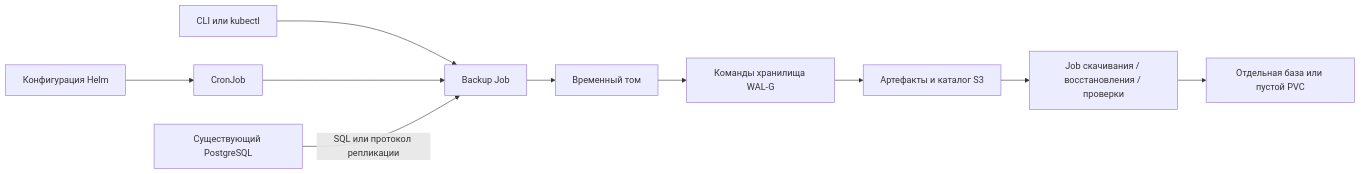
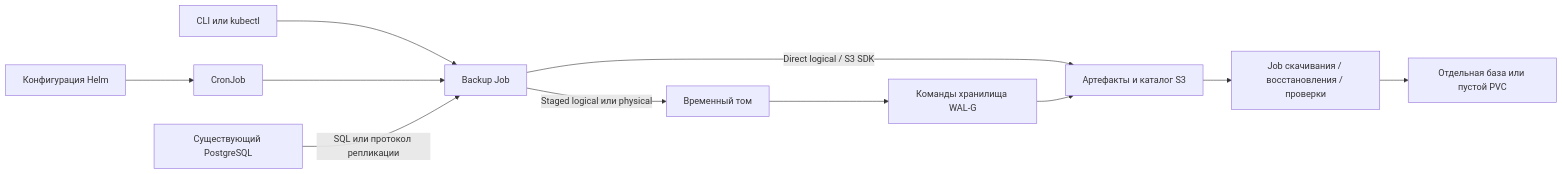
One commit to v-em/pgbk changed the diagram in docs/ru/specification.md. Above: the diagram before and after it, drawn with Mermaid. The commit also changed other lines of this file and 61 other files, not shown here.

````diff
--- a/docs/ru/specification.md
+++ b/docs/ru/specification.md
@@ -35,12 +39,13 @@
 ```mermaid
 flowchart LR
   H[Конфигурация Helm] --> C[CronJob]
   U[CLI или kubectl] --> J[Backup Job]
   C --> J
   P[Существующий PostgreSQL] -->|SQL или протокол репликации| J
-  J --> V[Временный том]
+  J -->|Direct logical / S3 SDK| S
+  J -->|Staged logical или physical| V[Временный том]
   V --> W[Команды хранилища WAL-G]
   W --> S[Артефакты и каталог S3]
   S --> R[Job скачивания / восстановления / проверки]
   R --> D[Отдельная база или пустой PVC]
 ```
````
